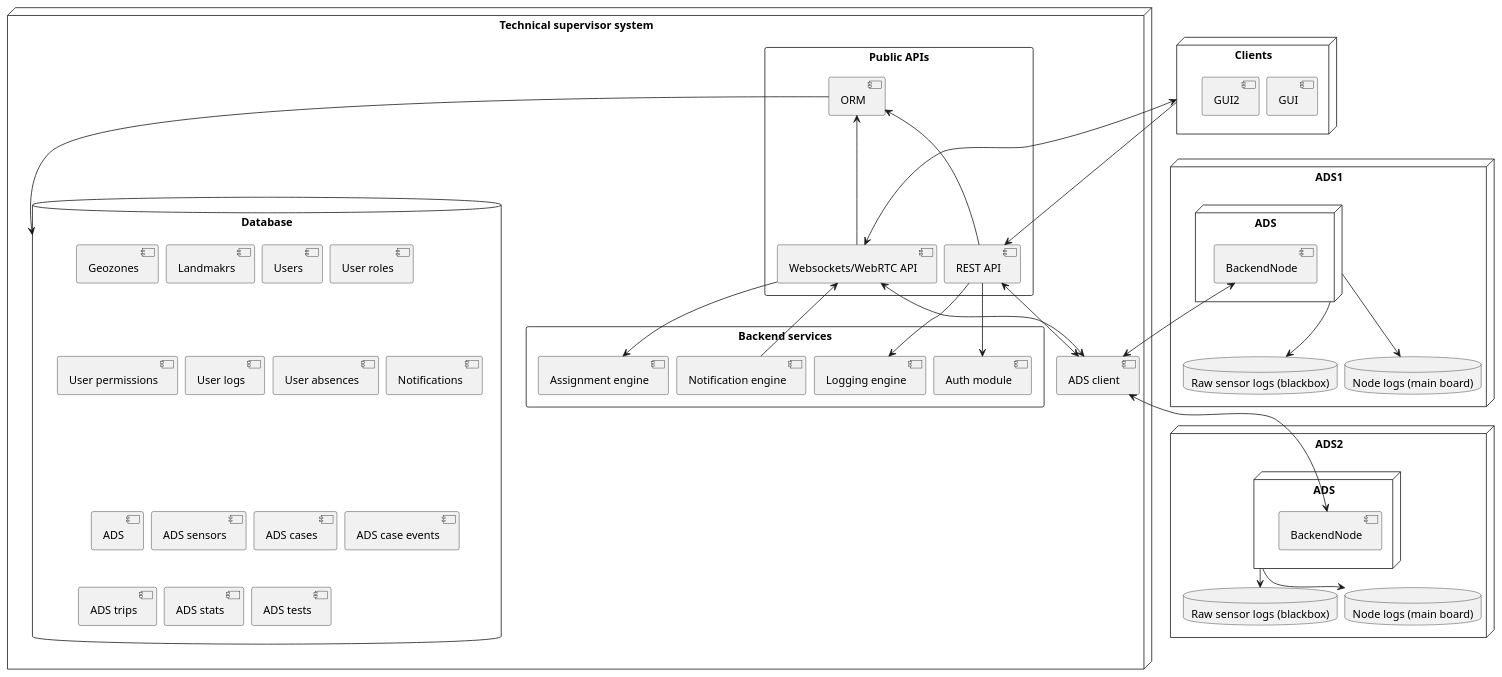
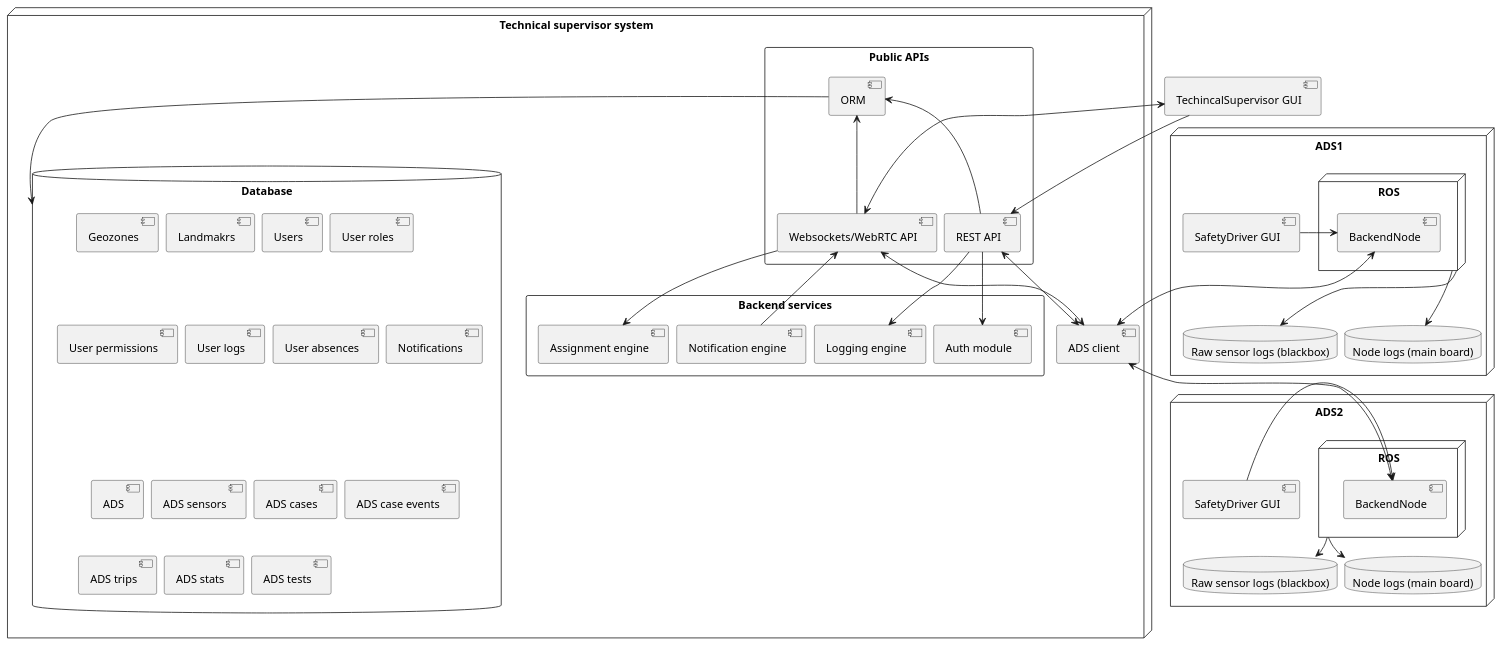
One commit to bruno-motorai/uml changed the diagram in technical_supervisor/architecture.pu. Above: the diagram before and after it, drawn with PlantUML. The commit also changed 1 other file, not shown here.

Commit message:
Add shared architecture diagram

```diff
--- a/technical_supervisor/architecture.pu
+++ b/technical_supervisor/architecture.pu
@@ -1,81 +1,83 @@
 @startuml
 skinparam nodesep 10
 skinparam ranksep 5
 
 scale 1.0
 
-node "Clients" as client_side {
-    component "GUI" as gui
-    component "GUI2" as gui2
-}
+component "TechincalSupervisor GUI" as gui
 
 node "Technical supervisor system" as ts {
     rectangle "Public APIs" {
             component "REST API" as rest_api
             component "Websockets/WebRTC API" as ws_api
             component "ORM" as orm
         }
 
     rectangle "Backend services" as backend {
         component "Auth module" as auth
         component "Assignment engine" as assignment_engine
         component "Notification engine" as notification_engine
         component "Logging engine" as log_engine
     }
 
     component "ADS client" as ads_client
 
     database "Database" as db {
         component "Geozones"
         component "Landmakrs"
         component "Users"
         component "User roles"
         component "User permissions"
         component "User logs"
         component "User absences"
         component "Notifications"
         component "ADS"
         component "ADS sensors"
         component "ADS cases"
         component "ADS case events"
         component "ADS trips"
         component "ADS stats"
         component "ADS tests"
     }
 }
 
 
 node "ADS1" as ads_node { 
-    node "ADS" as ads1 {
-        component "BackendNode" as ads_backend
+    node "ROS" as ads1 {
+        component "BackendNode" as ads_backend_node
     }
     database "Raw sensor logs (blackbox)" as raw_logs_ads1
     database "Node logs (main board)" as logs_ads1
+    component "SafetyDriver GUI" as safety_driver_gui1
 }
 
 node "ADS2" as ads_node2 { 
-    node "ADS" as ads2 {
-        component "BackendNode" as ads_backend2
+    node "ROS" as ads2 {
+        component "BackendNode" as ads2_backend_node
     }
     database "Raw sensor logs (blackbox)" as raw_logs_ads2
     database "Node logs (main board)" as logs_ads2
+    component "SafetyDriver GUI" as safety_driver_gui2
 }
 
 ads1 -down-> raw_logs_ads1
 ads1 -down-> logs_ads1
 ads2 -down-> raw_logs_ads2
 ads2 -down-> logs_ads2
-ads_backend <-d-> ads_client
-ads_backend2 <-u-> ads_client
-client_side -down-> rest_api
-client_side <-down-> ws_api
+gui -down-> rest_api
+gui <-down-> ws_api
 rest_api --> auth
 rest_api --> log_engine
 rest_api -u-> orm
 ws_api -u-> orm
 orm -d-> db
 ws_api -d-> assignment_engine
 notification_engine -r-> ws_api
 ws_api <-d-> ads_client
 rest_api <-d-> ads_client
+
+ads_backend_node <-d-> ads_client
+ads2_backend_node <-u-> ads_client
+safety_driver_gui2 -l-> ads2_backend_node
+safety_driver_gui1 -> ads_backend_node
 @enduml
```
